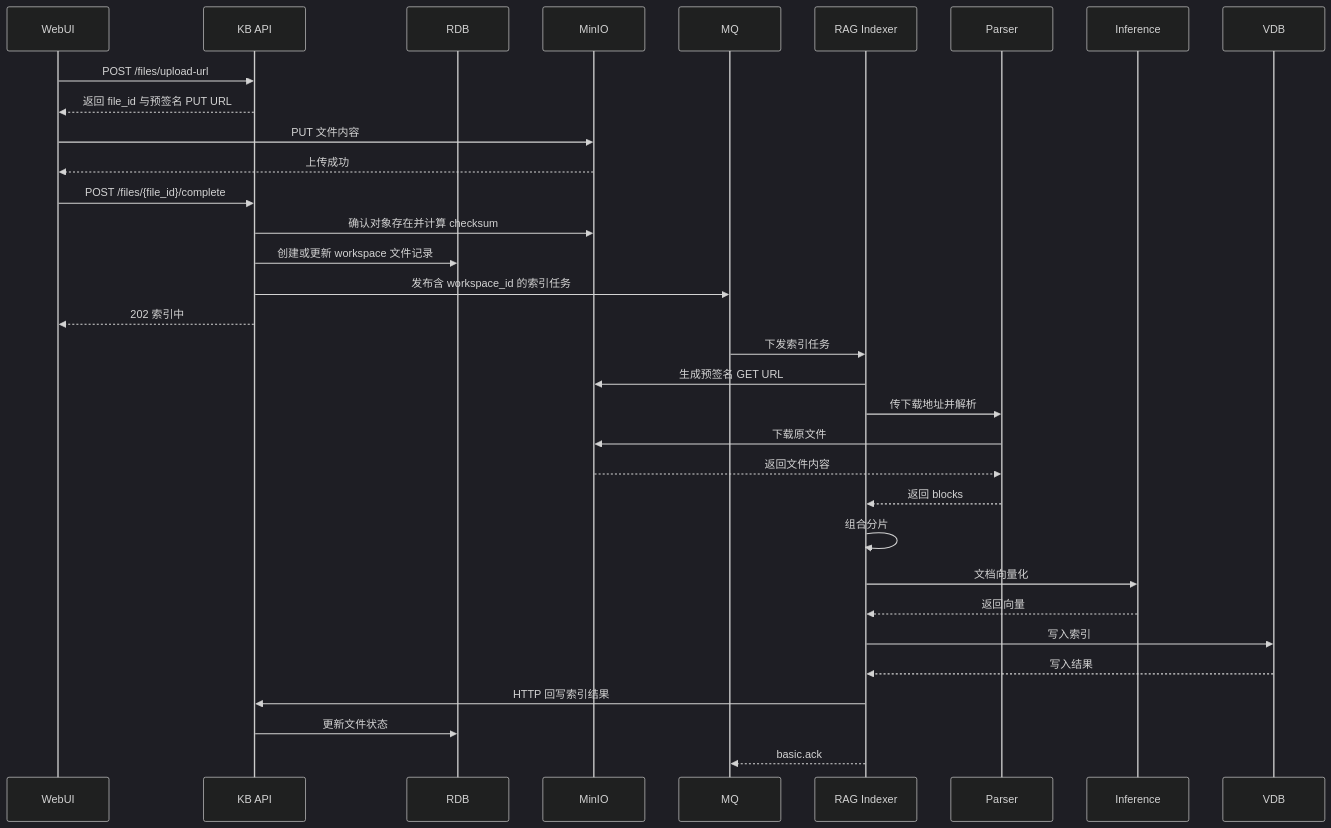
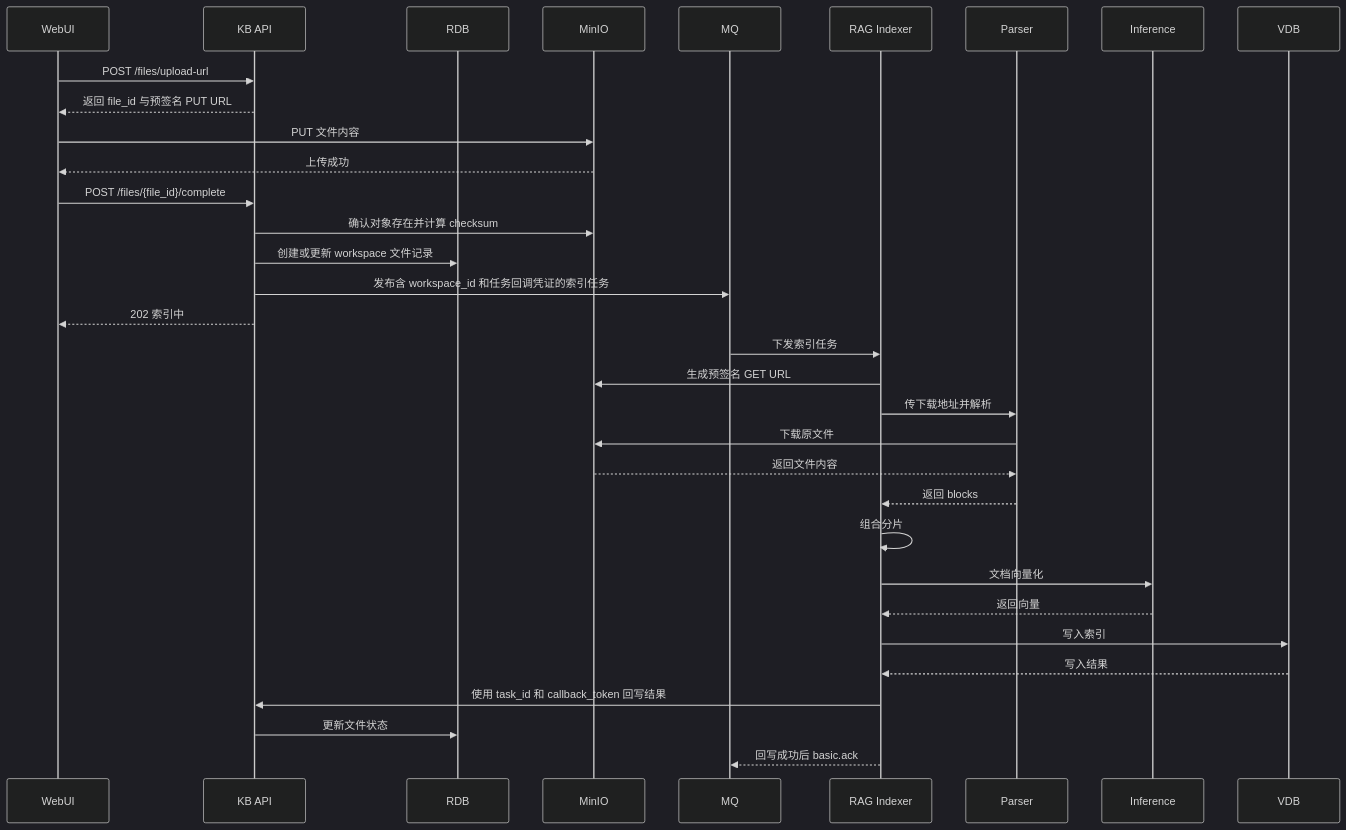
One commit to guobinqiu/kb changed the third of 4 diagrams in docs/interaction-design.md. Above: the diagram before and after it, drawn with Mermaid (dark theme). The commit also changed other lines of this file and 84 other files, not shown here.

````diff
--- a/docs/interaction-design.md
+++ b/docs/interaction-design.md
@@ -149,37 +149,37 @@
 ```mermaid
 sequenceDiagram
     participant WebUI
     participant KBAPI as KB API
     participant RDB
     participant MinIO
     participant MQ
     participant Indexer as RAG Indexer
     participant Parser
     participant Inference
     participant VDB
 
     WebUI->>KBAPI: POST /files/upload-url
     KBAPI-->>WebUI: 返回 file_id 与预签名 PUT URL
     WebUI->>MinIO: PUT 文件内容
     MinIO-->>WebUI: 上传成功
     WebUI->>KBAPI: POST /files/{file_id}/complete
     KBAPI->>MinIO: 确认对象存在并计算 checksum
     KBAPI->>RDB: 创建或更新 workspace 文件记录
-    KBAPI->>MQ: 发布含 workspace_id 的索引任务
+    KBAPI->>MQ: 发布含 workspace_id 和任务回调凭证的索引任务
     KBAPI-->>WebUI: 202 索引中
 
     MQ->>Indexer: 下发索引任务
     Indexer->>MinIO: 生成预签名 GET URL
     Indexer->>Parser: 传下载地址并解析
     Parser->>MinIO: 下载原文件
     MinIO-->>Parser: 返回文件内容
     Parser-->>Indexer: 返回 blocks
     Indexer->>Indexer: 组合分片
     Indexer->>Inference: 文档向量化
     Inference-->>Indexer: 返回向量
     Indexer->>VDB: 写入索引
     VDB-->>Indexer: 写入结果
-    Indexer->>KBAPI: HTTP 回写索引结果
+    Indexer->>KBAPI: 使用 task_id 和 callback_token 回写结果
     KBAPI->>RDB: 更新文件状态
-    Indexer-->>MQ: basic.ack
+    Indexer-->>MQ: 回写成功后 basic.ack
 ```
````
